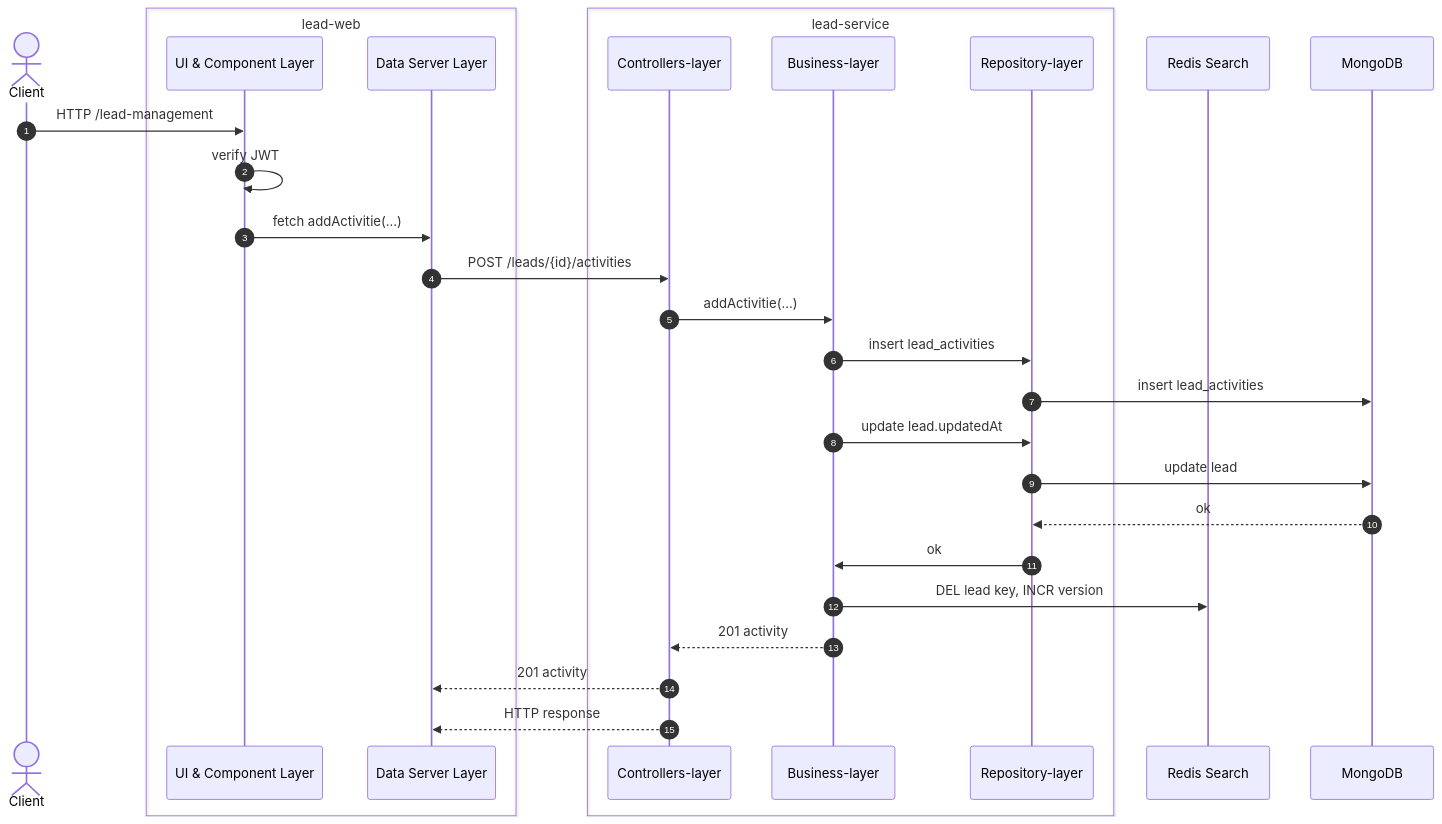
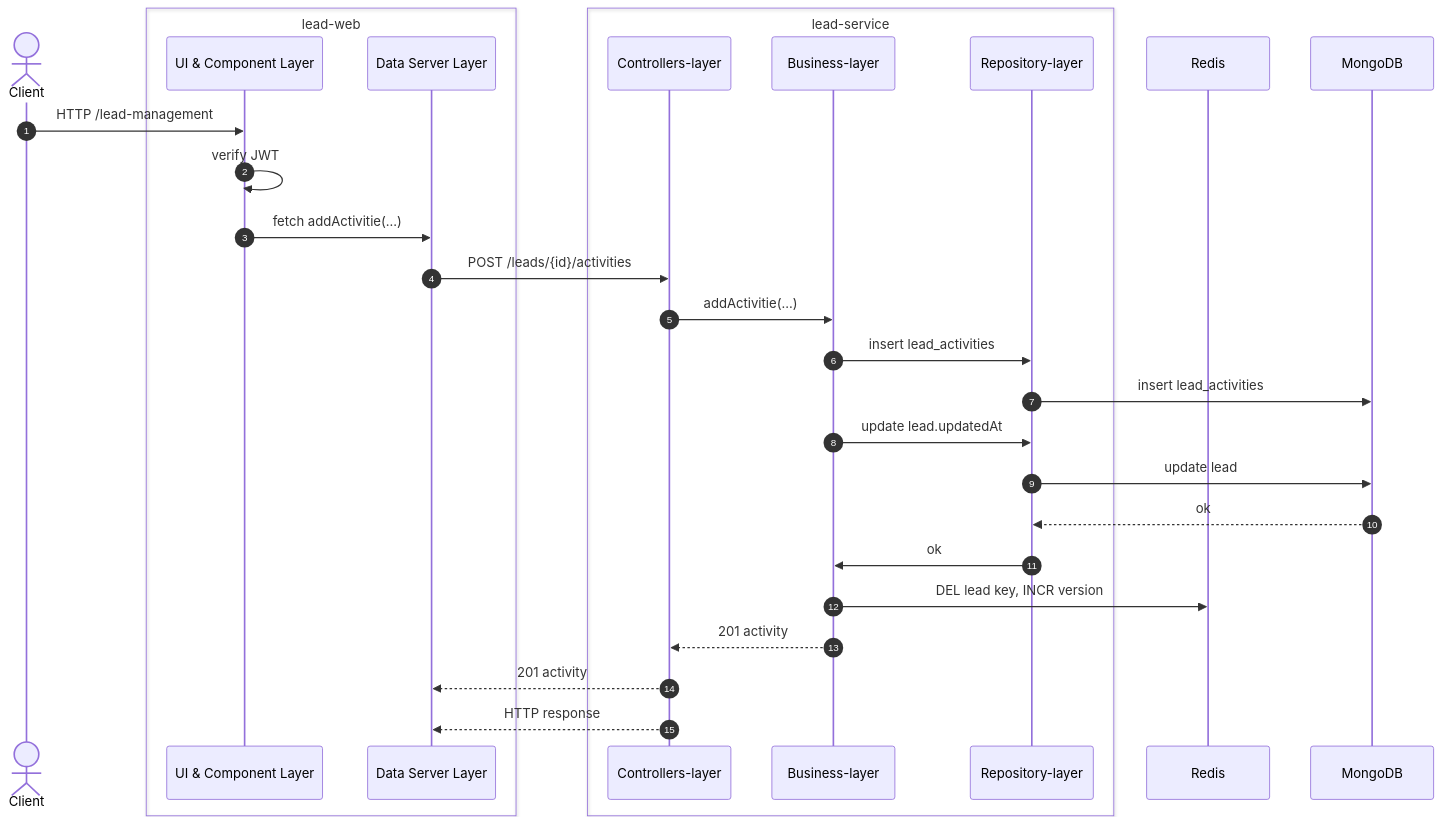
Before and after one commit to quocthuanth92/lead-management-tool: the fourth of 5 diagrams in docs/system-design-architecture.md, drawn with Mermaid. The commit also changed 1 other file, not shown here.

Commit message:
fix: update participant label in sequence diagram from 'Redis Search' to 'Redis'

````diff
--- a/docs/system-design-architecture.md
+++ b/docs/system-design-architecture.md
@@ -191,31 +191,31 @@
 ```mermaid
 sequenceDiagram  
     autonumber
     actor C as Client
     box lead-web
     participant ULW as UI & Component Layer 
     participant DLW as Data Server Layer
     end
     box lead-service
     participant CL as Controllers-layer  
     participant BL as Business-layer
     participant RL as Repository-layer 
     end
-    participant R as Redis Search
+    participant R as Redis 
     participant M as MongoDB  
     C->>ULW: HTTP /lead-management      
     ULW->>ULW: verify JWT
     ULW->>DLW: fetch addActivitie(...)
     DLW->>CL: POST /leads/{id}/activities  
     CL->>BL: addActivitie(...)  
     BL->>RL: insert lead_activities    
     RL->>M: insert lead_activities
     BL->>RL: update lead.updatedAt  
     RL->>M: update lead
     M-->>RL: ok
     RL->>BL: ok
     BL->>R: DEL lead key, INCR version
     BL-->>CL: 201 activity  
     CL-->>DLW: 201 activity  
     CL-->>DLW: HTTP response
 ```
````
